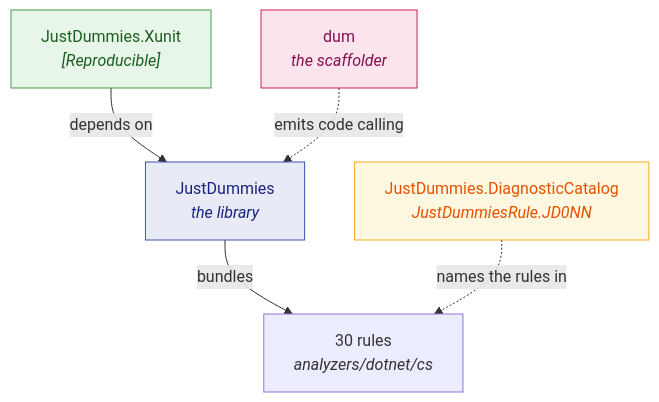
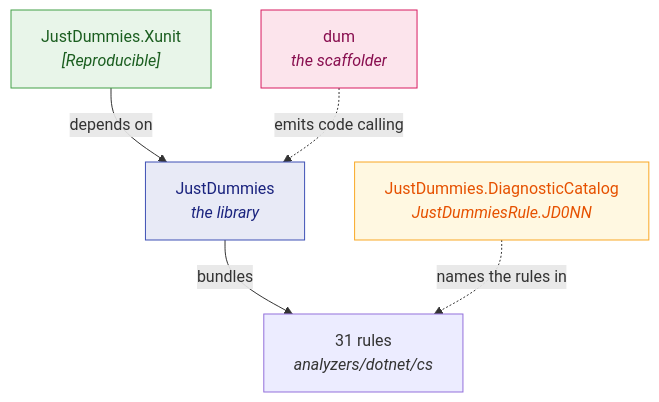
Before and after one commit to Reefact/just-dummies: the diagram in doc/handwritten/for-users/packages/README.md, drawn with Mermaid. The commit also changed other lines of this file and 31 other files, not shown here.

````diff
--- a/doc/handwritten/for-users/packages/README.md
+++ b/doc/handwritten/for-users/packages/README.md
@@ -18,12 +18,12 @@
 ```mermaid
 flowchart TD
-    L["JustDummies<br/><i>the library</i>"] -->|"bundles"| A["30 rules<br/><i>analyzers/dotnet/cs</i>"]
+    L["JustDummies<br/><i>the library</i>"] -->|"bundles"| A["31 rules<br/><i>analyzers/dotnet/cs</i>"]
     X["JustDummies.Xunit<br/><i>[Reproducible]</i>"] -->|"depends on"| L
     C["JustDummies.DiagnosticCatalog<br/><i>JustDummiesRule.JD0NN</i>"]
     C -.->|"names the rules in"| A
     D["dum<br/><i>the scaffolder</i>"] -.->|"emits code calling"| L
     style L fill:#e8eaf6,stroke:#3f51b5,color:#1a237e
     style X fill:#e8f5e9,stroke:#43a047,color:#1b5e20
     style C fill:#fff8e1,stroke:#f9a825,color:#e65100
     style D fill:#fce4ec,stroke:#d81b60,color:#880e4f
 ```
````
